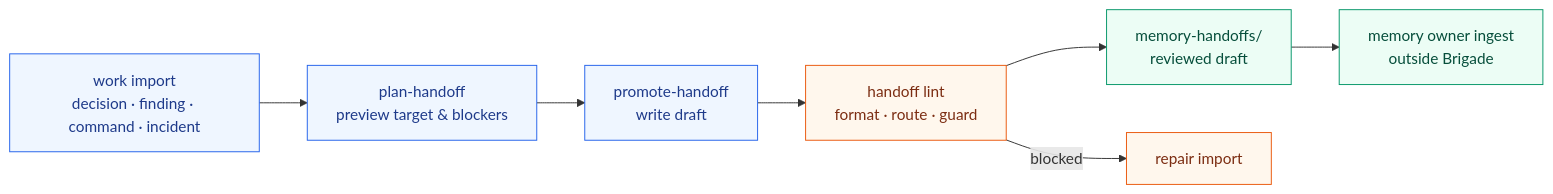
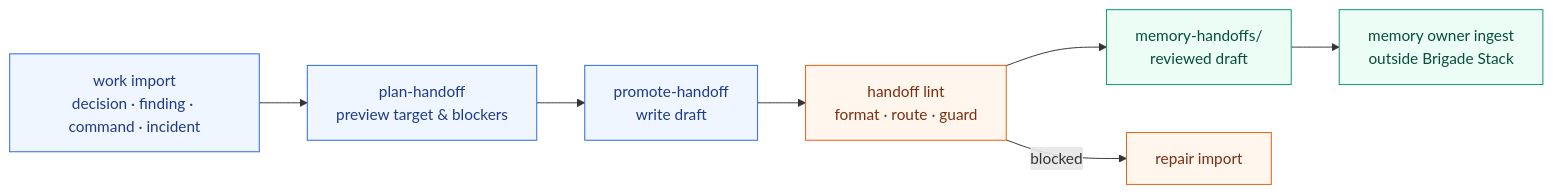
Before and after one commit to escoffier-labs/brigade: the eighth of 12 diagrams in docs/overview.md, drawn with Mermaid. The commit also changed other lines of this file and 16 other files, not shown here.

Commit message:
feat(cli): adopt Brigade Stack terminology and neutral starter seats

````diff
--- a/docs/overview.md
+++ b/docs/overview.md
@@ -480,19 +482,19 @@
 ```mermaid
 flowchart LR
     IMPORT["work import<br/>decision · finding · command · incident"]
     PLAN["plan-handoff<br/>preview target & blockers"]
     PROMOTE["promote-handoff<br/>write draft"]
     LINT["handoff lint<br/>format · route · guard"]
     DRAFT["memory-handoffs/<br/>reviewed draft"]
-    OWNER["memory owner ingest<br/>outside Brigade"]
+    OWNER["memory owner ingest<br/>outside Brigade Stack"]
 
     IMPORT --> PLAN --> PROMOTE --> LINT --> DRAFT --> OWNER
     LINT -->|blocked| REPAIR["repair import"]
 
     classDef import fill:#eff6ff,stroke:#2563eb,color:#1e3a8a;
     classDef gate fill:#fff7ed,stroke:#ea580c,color:#7c2d12;
     classDef memory fill:#ecfdf5,stroke:#059669,color:#064e3b;
     class IMPORT,PLAN,PROMOTE import;
     class LINT,REPAIR gate;
     class DRAFT,OWNER memory;
 ```
````
